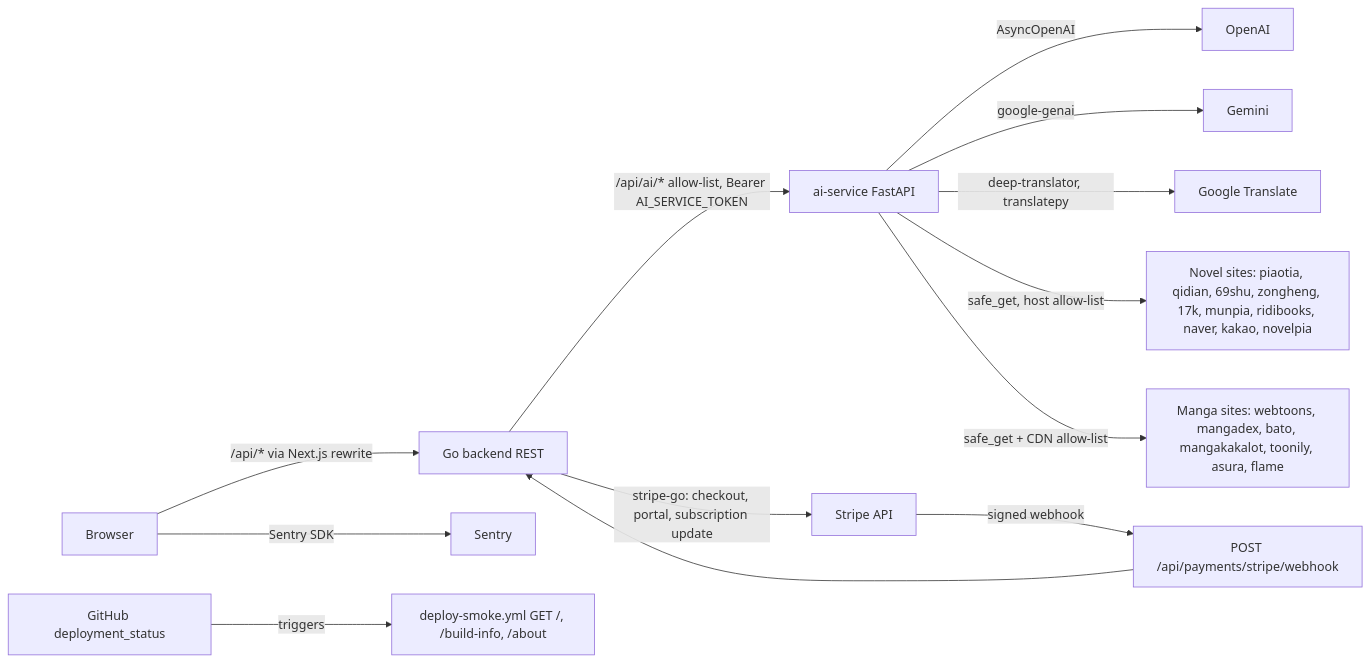
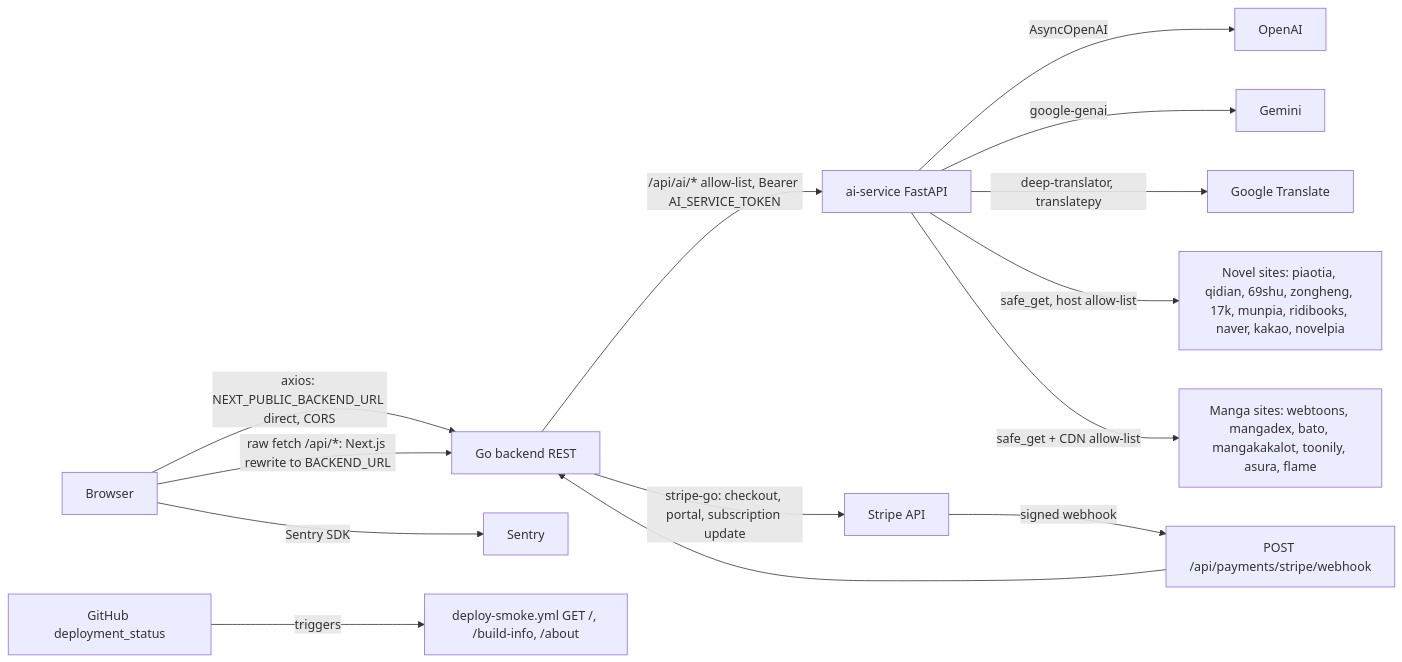
One commit to bookchaowalit-website/content-bookreading changed the diagram in docs/diagrams/12-api-integration.md. Above: the diagram before and after it, drawn with Mermaid. The commit also changed 7 other files, not shown here.

First line of the commit message:
docs: separate direct axios calls from the Next.js /api rewrite

````diff
--- a/docs/diagrams/12-api-integration.md
+++ b/docs/diagrams/12-api-integration.md
@@ -8,15 +8,16 @@
 ```mermaid
 flowchart LR
-    B["Browser"] -->|"/api/* via Next.js rewrite"| BE["Go backend REST"]
+    B["Browser"] -->|"axios: NEXT_PUBLIC_BACKEND_URL direct, CORS"| BE["Go backend REST"]
+    B -->|"raw fetch /api/*: Next.js rewrite to BACKEND_URL"| BE
     BE -->|"/api/ai/* allow-list, Bearer AI_SERVICE_TOKEN"| AI["ai-service FastAPI"]
     BE -->|"stripe-go: checkout, portal, subscription update"| ST["Stripe API"]
     ST -->|"signed webhook"| WH["POST /api/payments/stripe/webhook"]
     WH --> BE
     AI -->|"AsyncOpenAI"| OA["OpenAI"]
     AI -->|"google-genai"| GM["Gemini"]
     AI -->|"deep-translator, translatepy"| GT["Google Translate"]
     AI -->|"safe_get, host allow-list"| SRC["Novel sites: piaotia, qidian, 69shu, zongheng, 17k, munpia, ridibooks, naver, kakao, novelpia"]
     AI -->|"safe_get + CDN allow-list"| MG["Manga sites: webtoons, mangadex, bato, mangakakalot, toonily, asura, flame"]
     B -->|"Sentry SDK"| SE["Sentry"]
     GH["GitHub deployment_status"] -->|"triggers"| SM["deploy-smoke.yml GET /, /build-info, /about"]
 ```
````
